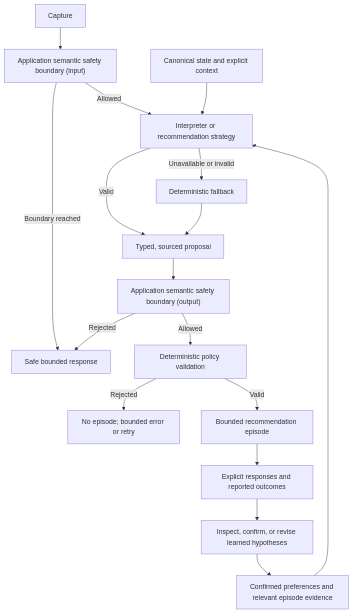
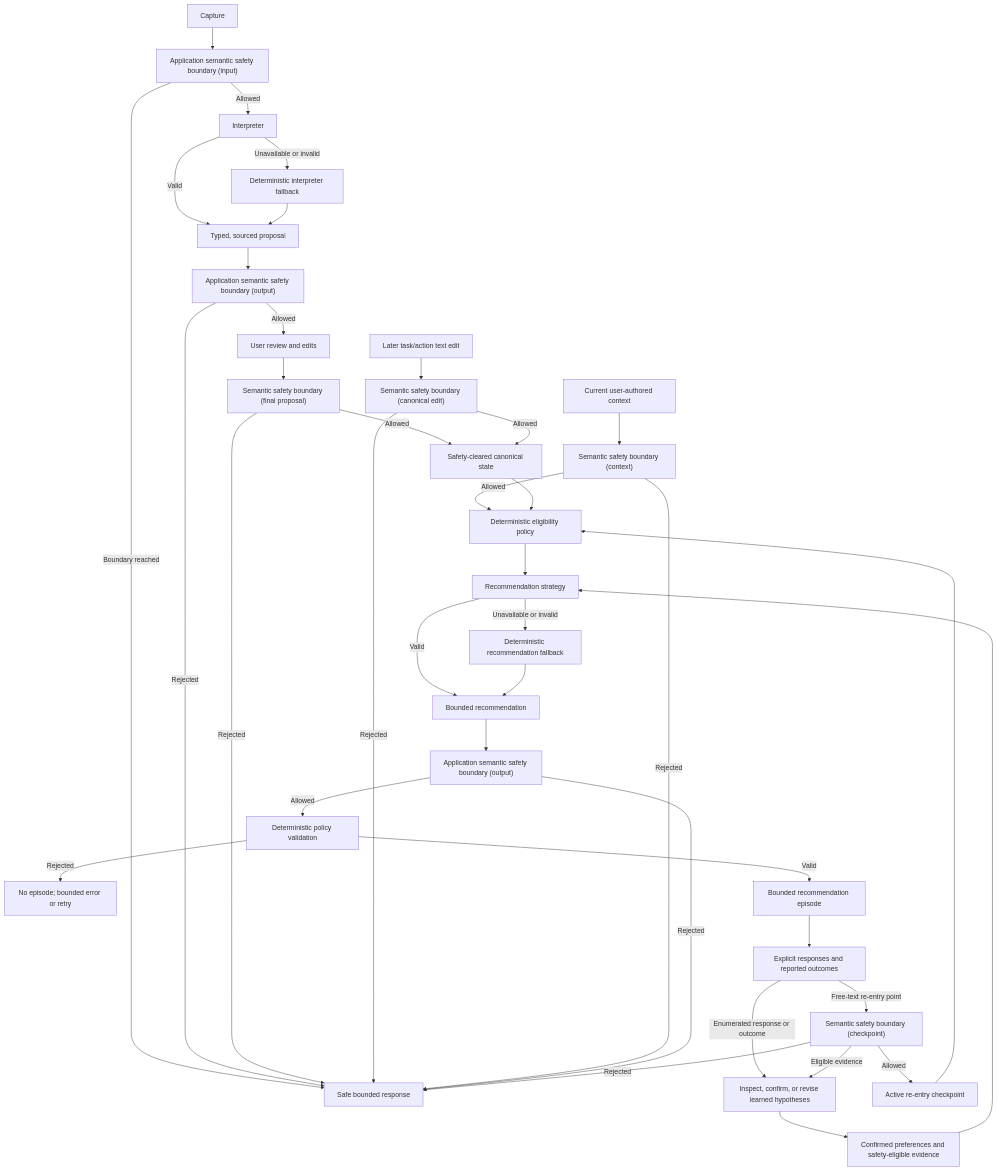
Before and after one commit to rootkow/weavance: the diagram in docs/llm-personalization.md, drawn with Mermaid. The commit also changed other lines of this file and 4 other files, not shown here.

Commit message:
Close semantic safety input gaps

````diff
--- a/docs/llm-personalization.md
+++ b/docs/llm-personalization.md
@@ -211,19 +219,40 @@
 ```mermaid
 flowchart TD
     CAPTURE["Capture"] --> SAFETY_IN["Application semantic safety boundary (input)"]
-    SAFETY_IN -->|"Allowed"| INFER["Interpreter or recommendation strategy"]
+    SAFETY_IN -->|"Allowed"| INFER["Interpreter"]
     SAFETY_IN -->|"Boundary reached"| SAFE["Safe bounded response"]
-    STATE["Canonical state and explicit context"] --> INFER
-    PROFILE["Confirmed preferences and relevant episode evidence"] --> INFER
-    INFER -->|"Unavailable or invalid"| FALLBACK["Deterministic fallback"]
+    INFER -->|"Unavailable or invalid"| FALLBACK["Deterministic interpreter fallback"]
     INFER -->|"Valid"| PROPOSAL["Typed, sourced proposal"]
     FALLBACK --> PROPOSAL
     PROPOSAL --> SAFETY_OUT["Application semantic safety boundary (output)"]
     SAFETY_OUT -->|"Rejected"| SAFE
-    SAFETY_OUT -->|"Allowed"| POLICY["Deterministic policy validation"]
-    POLICY -->|"Rejected"| NO_EPISODE["No episode; bounded error or retry"]
-    POLICY -->|"Valid"| EPISODE["Bounded recommendation episode"]
+    SAFETY_OUT -->|"Allowed"| REVIEW["User review and edits"]
+    REVIEW --> SAFETY_FINAL["Semantic safety boundary (final proposal)"]
+    SAFETY_FINAL -->|"Rejected"| SAFE
+    SAFETY_FINAL -->|"Allowed"| STATE["Safety-cleared canonical state"]
+    EDIT["Later task/action text edit"] --> SAFETY_EDIT["Semantic safety boundary (canonical edit)"]
+    SAFETY_EDIT -->|"Rejected"| SAFE
+    SAFETY_EDIT -->|"Allowed"| STATE
+    CONTEXT["Current user-authored context"] --> SAFETY_CONTEXT["Semantic safety boundary (context)"]
+    SAFETY_CONTEXT -->|"Rejected"| SAFE
+    SAFETY_CONTEXT -->|"Allowed"| POLICY["Deterministic eligibility policy"]
+    STATE --> POLICY
+    POLICY --> RECOMMEND["Recommendation strategy"]
+    PROFILE["Confirmed preferences and safety-eligible evidence"] --> RECOMMEND
+    RECOMMEND -->|"Unavailable or invalid"| REC_FALLBACK["Deterministic recommendation fallback"]
+    RECOMMEND -->|"Valid"| REC["Bounded recommendation"]
+    REC_FALLBACK --> REC
+    REC --> SAFETY_REC["Application semantic safety boundary (output)"]
+    SAFETY_REC -->|"Rejected"| SAFE
+    SAFETY_REC -->|"Allowed"| VALIDATE["Deterministic policy validation"]
+    VALIDATE -->|"Rejected"| NO_EPISODE["No episode; bounded error or retry"]
+    VALIDATE -->|"Valid"| EPISODE["Bounded recommendation episode"]
     EPISODE --> EVENTS["Explicit responses and reported outcomes"]
-    EVENTS --> LEARN["Inspect, confirm, or revise learned hypotheses"]
+    EVENTS -->|"Enumerated response or outcome"| LEARN["Inspect, confirm, or revise learned hypotheses"]
+    EVENTS -->|"Free-text re-entry point"| SAFETY_REENTRY["Semantic safety boundary (checkpoint)"]
+    SAFETY_REENTRY -->|"Rejected"| SAFE
+    SAFETY_REENTRY -->|"Allowed"| REENTRY["Active re-entry checkpoint"]
+    REENTRY --> POLICY
+    SAFETY_REENTRY -->|"Eligible evidence"| LEARN
     LEARN --> PROFILE
 ```
````
